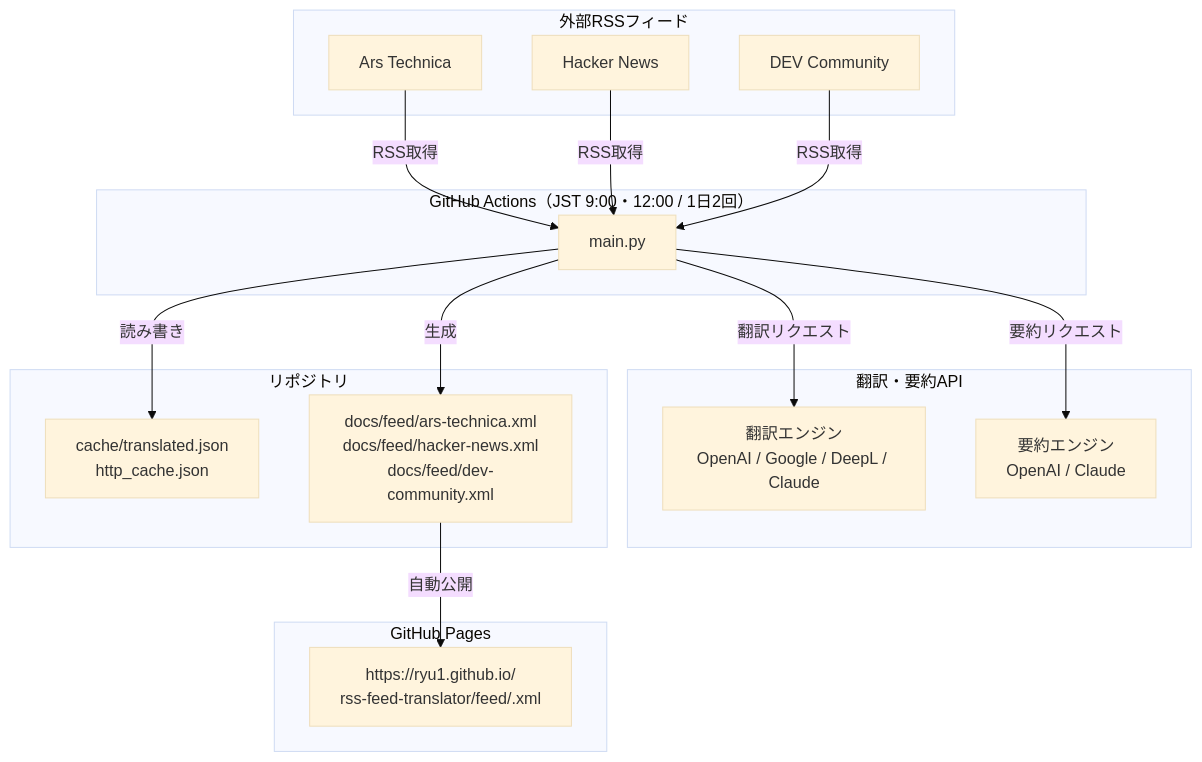
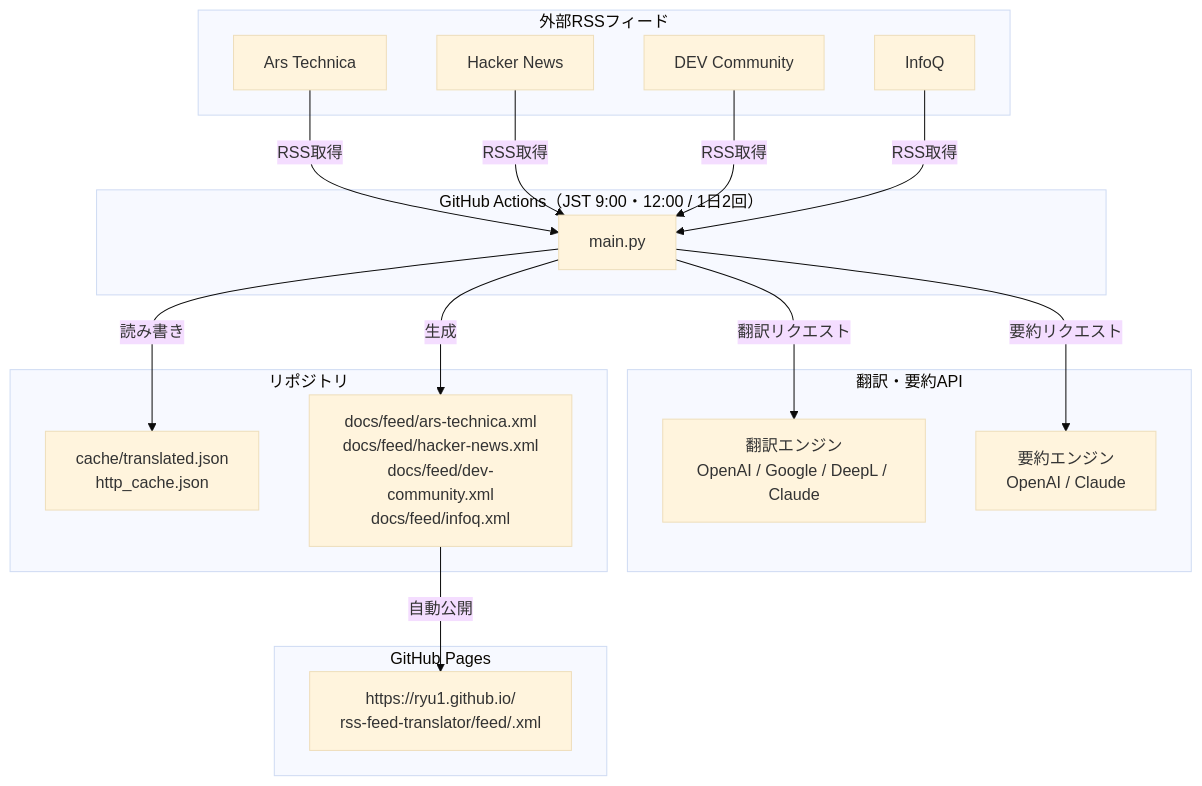
One commit to ryu1/rss-feed-translator changed the first of 12 diagrams in docs/superpowers/specs/2026-06-29-rss-feed-translator-design.md. Above: the diagram before and after it, drawn with Mermaid (base theme). The commit also changed other lines of this file and 1 other file, not shown here.

Commit message:
feat: add InfoQ RSS feed

````diff
--- a/docs/superpowers/specs/2026-06-29-rss-feed-translator-design.md
+++ b/docs/superpowers/specs/2026-06-29-rss-feed-translator-design.md
@@ -141,35 +141,37 @@
 ```mermaid
 graph TD
     subgraph "GitHub Actions（JST 9:00・12:00 / 1日2回）"
         MAIN["main.py"]
     end
 
     subgraph "外部RSSフィード"
         FEED1["Ars Technica"]
         FEED2["Hacker News"]
         FEED3["DEV Community"]
+        FEED4["InfoQ"]
     end
 
     subgraph "翻訳・要約API"
         TRANS["翻訳エンジン\nOpenAI / Google / DeepL / Claude"]
         SUMM["要約エンジン\nOpenAI / Claude"]
     end
 
     subgraph "リポジトリ"
         CACHE["cache/translated.json\nhttp_cache.json"]
-        RSS["docs/feed/ars-technica.xml\ndocs/feed/hacker-news.xml\ndocs/feed/dev-community.xml"]
+        RSS["docs/feed/ars-technica.xml\ndocs/feed/hacker-news.xml\ndocs/feed/dev-community.xml\ndocs/feed/infoq.xml"]
     end
 
     subgraph "GitHub Pages"
         PUB["https://ryu1.github.io/\nrss-feed-translator/feed/<feed>.xml"]
     end
 
     FEED1 -->|RSS取得| MAIN
     FEED2 -->|RSS取得| MAIN
     FEED3 -->|RSS取得| MAIN
+    FEED4 -->|RSS取得| MAIN
     MAIN -->|翻訳リクエスト| TRANS
     MAIN -->|要約リクエスト| SUMM
     MAIN -->|読み書き| CACHE
     MAIN -->|生成| RSS
     RSS -->|自動公開| PUB
 ```
````
